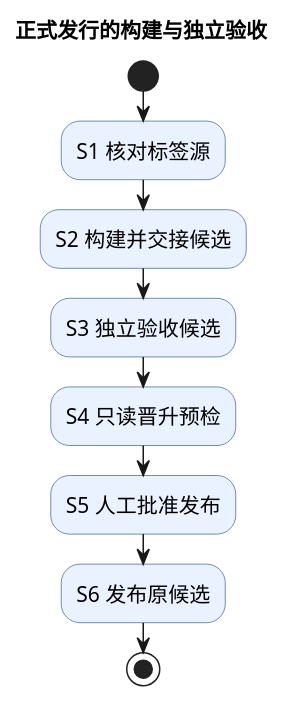
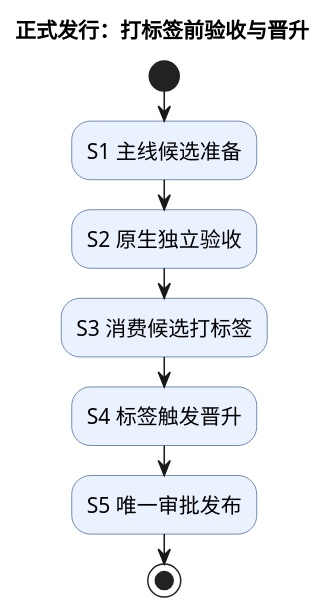
Before and after one commit to iampkuhz/lexiflow: the second of 2 diagrams in docs/scenarios/github-actions.md, drawn with PlantUML. The commit also changed other lines of this file and 17 other files, not shown here.

````diff
--- a/docs/scenarios/github-actions.md
+++ b/docs/scenarios/github-actions.md
@@ -136,21 +136,20 @@
 ```plantuml
 @startuml
 skinparam backgroundColor white
 skinparam defaultFontName SansSerif
 skinparam defaultFontSize 14
 skinparam shadowing false
 skinparam nodesep 40
 skinparam ranksep 35
 skinparam activityBackgroundColor #EAF2FF
 skinparam activityBorderColor #46699A
-title 正式发行的构建与独立验收
+title 正式发行<U+FF1A>打标签前验收与晋升
 start
-:S1 核对标签源;
-:S2 构建并交接候选;
-:S3 独立验收候选;
-:S4 只读晋升预检;
-:S5 人工批准发布;
-:S6 发布原候选;
+:S1 主线候选准备;
+:S2 原生独立验收;
+:S3 消费候选打标签;
+:S4 标签触发晋升;
+:S5 唯一审批发布;
 stop
 @enduml
 ```
````
